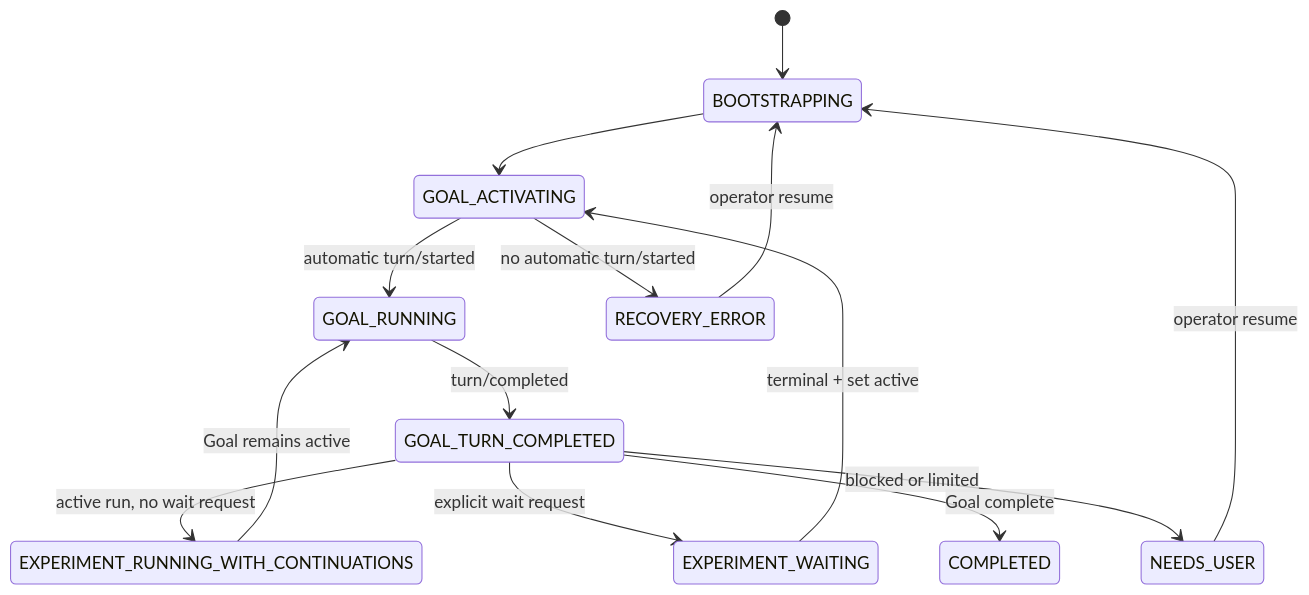
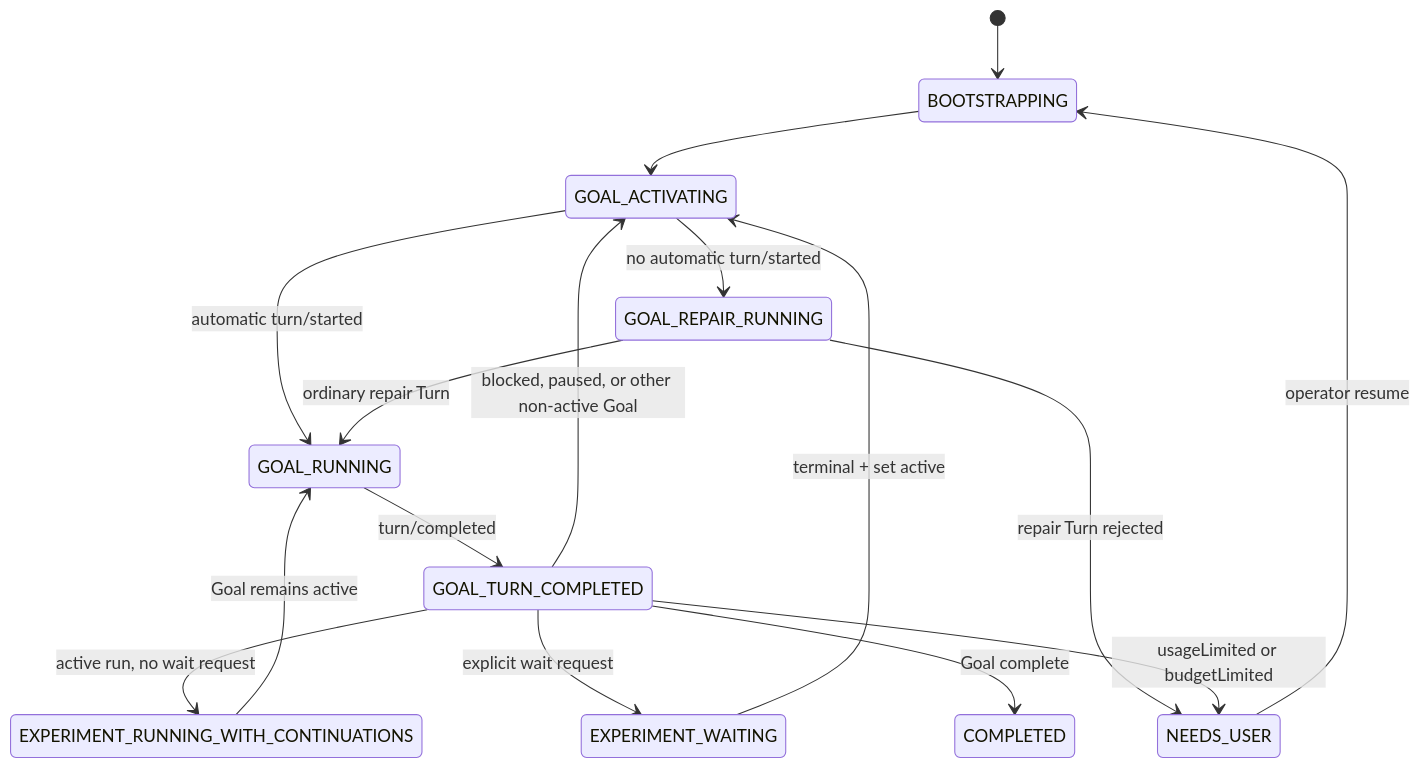
One commit to dollarser/codex-auto-research changed the third of 3 diagrams in docs/AUTO_RESEARCH_SUPERVISOR_SCHEDULER_DESIGN.md. Above: the diagram before and after it, drawn with Mermaid. The commit also changed other lines of this file and 22 other files, not shown here.

````diff
--- a/docs/AUTO_RESEARCH_SUPERVISOR_SCHEDULER_DESIGN.md
+++ b/docs/AUTO_RESEARCH_SUPERVISOR_SCHEDULER_DESIGN.md
@@ -174,16 +281,18 @@
 ```mermaid
 stateDiagram-v2
     [*] --> BOOTSTRAPPING
     BOOTSTRAPPING --> GOAL_ACTIVATING
     GOAL_ACTIVATING --> GOAL_RUNNING: automatic turn/started
-    GOAL_ACTIVATING --> RECOVERY_ERROR: no automatic turn/started
+    GOAL_ACTIVATING --> GOAL_REPAIR_RUNNING: no automatic turn/started
+    GOAL_REPAIR_RUNNING --> GOAL_RUNNING: ordinary repair Turn
+    GOAL_REPAIR_RUNNING --> NEEDS_USER: repair Turn rejected
     GOAL_RUNNING --> GOAL_TURN_COMPLETED: turn/completed
     GOAL_TURN_COMPLETED --> EXPERIMENT_RUNNING_WITH_CONTINUATIONS: active run, no wait request
     EXPERIMENT_RUNNING_WITH_CONTINUATIONS --> GOAL_RUNNING: Goal remains active
     GOAL_TURN_COMPLETED --> EXPERIMENT_WAITING: explicit wait request
     GOAL_TURN_COMPLETED --> COMPLETED: Goal complete
-    GOAL_TURN_COMPLETED --> NEEDS_USER: blocked or limited
+    GOAL_TURN_COMPLETED --> GOAL_ACTIVATING: blocked, paused, or other non-active Goal
+    GOAL_TURN_COMPLETED --> NEEDS_USER: usageLimited or budgetLimited
     EXPERIMENT_WAITING --> GOAL_ACTIVATING: terminal + set active
     NEEDS_USER --> BOOTSTRAPPING: operator resume
-    RECOVERY_ERROR --> BOOTSTRAPPING: operator resume
 ```
````
